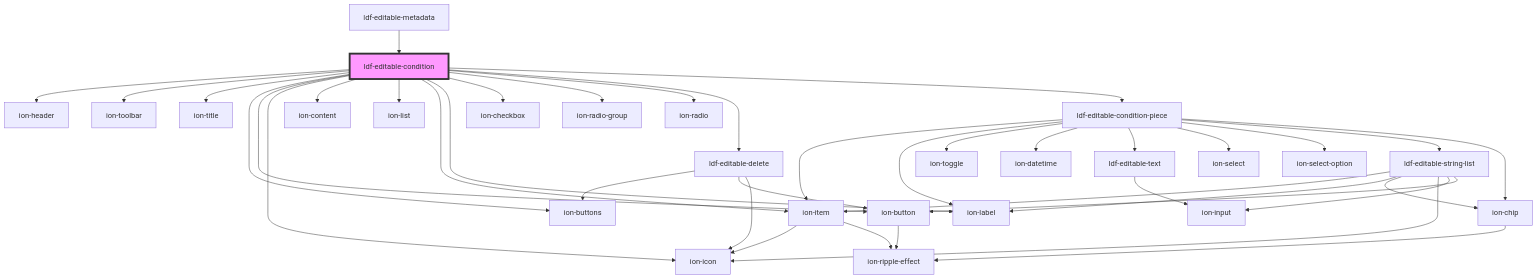
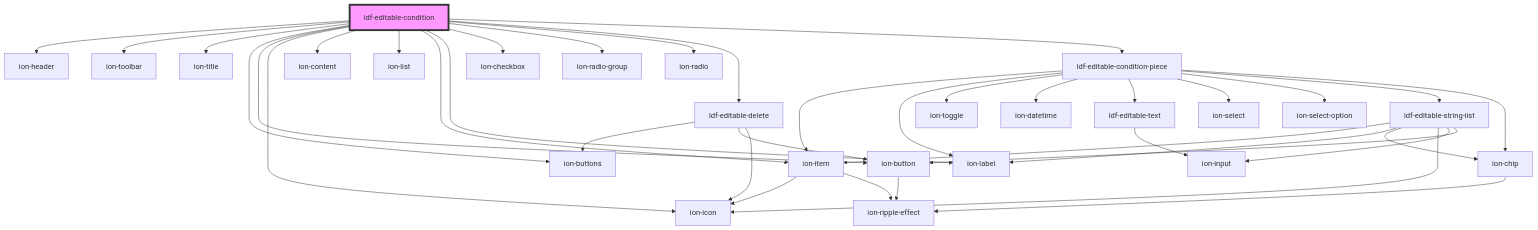
Before and after one commit to gbj/venite: the diagram in components/src/components/editable-condition/readme.md, drawn with Mermaid. The commit also changed other lines of this file and 18 other files, not shown here.

````diff
--- a/components/src/components/editable-condition/readme.md
+++ b/components/src/components/editable-condition/readme.md
@@ -49,43 +45,42 @@
 ```mermaid
 graph TD;
   ldf-editable-condition --> ion-header
   ldf-editable-condition --> ion-toolbar
   ldf-editable-condition --> ion-title
   ldf-editable-condition --> ion-buttons
   ldf-editable-condition --> ion-button
   ldf-editable-condition --> ion-icon
   ldf-editable-condition --> ion-content
   ldf-editable-condition --> ion-list
   ldf-editable-condition --> ion-item
   ldf-editable-condition --> ion-label
   ldf-editable-condition --> ion-checkbox
   ldf-editable-condition --> ion-radio-group
   ldf-editable-condition --> ion-radio
   ldf-editable-condition --> ldf-editable-delete
   ldf-editable-condition --> ldf-editable-condition-piece
   ion-button --> ion-ripple-effect
   ion-item --> ion-icon
   ion-item --> ion-ripple-effect
   ldf-editable-delete --> ion-buttons
   ldf-editable-delete --> ion-button
   ldf-editable-delete --> ion-icon
   ldf-editable-condition-piece --> ion-item
   ldf-editable-condition-piece --> ion-label
   ldf-editable-condition-piece --> ion-toggle
   ldf-editable-condition-piece --> ion-datetime
   ldf-editable-condition-piece --> ldf-editable-text
   ldf-editable-condition-piece --> ion-select
   ldf-editable-condition-piece --> ion-select-option
   ldf-editable-condition-piece --> ldf-editable-string-list
   ldf-editable-condition-piece --> ion-chip
   ldf-editable-text --> ion-input
   ldf-editable-string-list --> ion-item
   ldf-editable-string-list --> ion-label
   ldf-editable-string-list --> ion-chip
   ldf-editable-string-list --> ion-icon
   ldf-editable-string-list --> ion-input
   ldf-editable-string-list --> ion-button
   ion-chip --> ion-ripple-effect
-  ldf-editable-metadata --> ldf-editable-condition
   style ldf-editable-condition fill:#f9f,stroke:#333,stroke-width:4px
 ```
````
